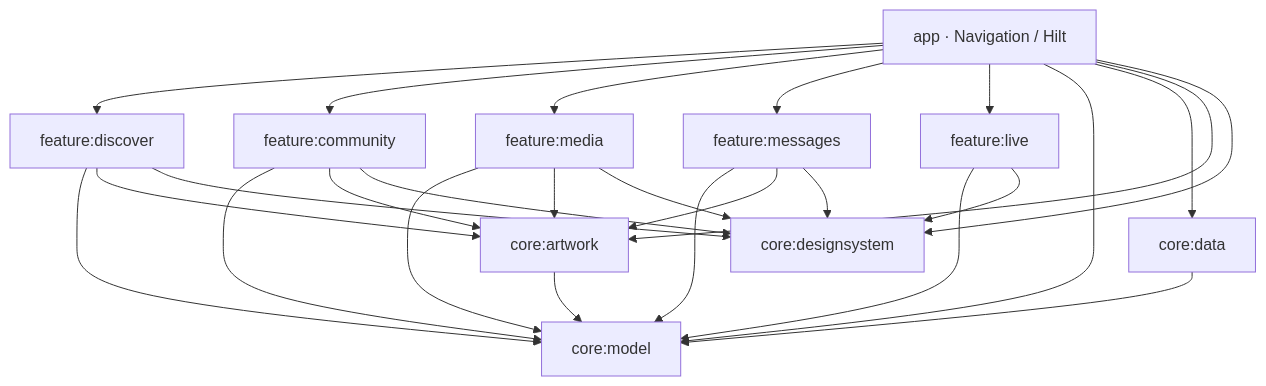
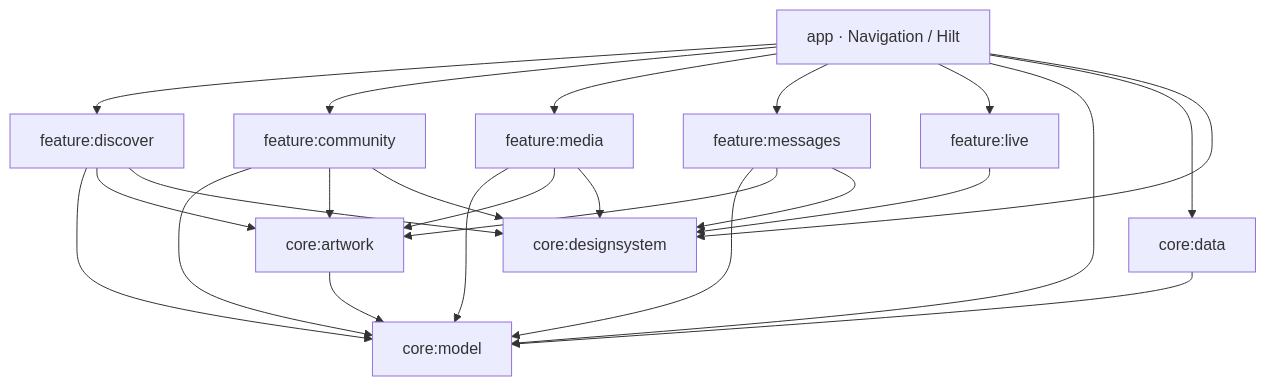
The first of 4 diagrams in docs/architecture.md (CodingBot000/fanstage-android-ai-harness), drawn with Mermaid before and after one commit. The commit also changed other lines of this file and 54 other files, not shown here.

```diff
--- a/docs/architecture.md
+++ b/docs/architecture.md
@@ -14,19 +14,17 @@
 ~~~mermaid
 flowchart TB
   APP["app · Navigation / Hilt"] --> DISC["feature:discover"]
   APP --> COMM["feature:community"]
   APP --> MEDIA["feature:media"]
   APP --> MSG["feature:messages"]
   APP --> LIVE["feature:live"]
   APP --> MODEL["core:model"]
   APP --> DATA["core:data"]
-  APP --> ART["core:artwork"]
   APP --> DESIGN["core:designsystem"]
   DISC & COMM & MEDIA & MSG --> MODEL
-  DISC & COMM & MEDIA & MSG --> ART
+  DISC & COMM & MEDIA & MSG --> ART["core:artwork"]
   DISC & COMM & MEDIA & MSG --> DESIGN
-  LIVE --> MODEL
   LIVE --> DESIGN
   DATA --> MODEL
   ART --> MODEL
 ~~~
```
